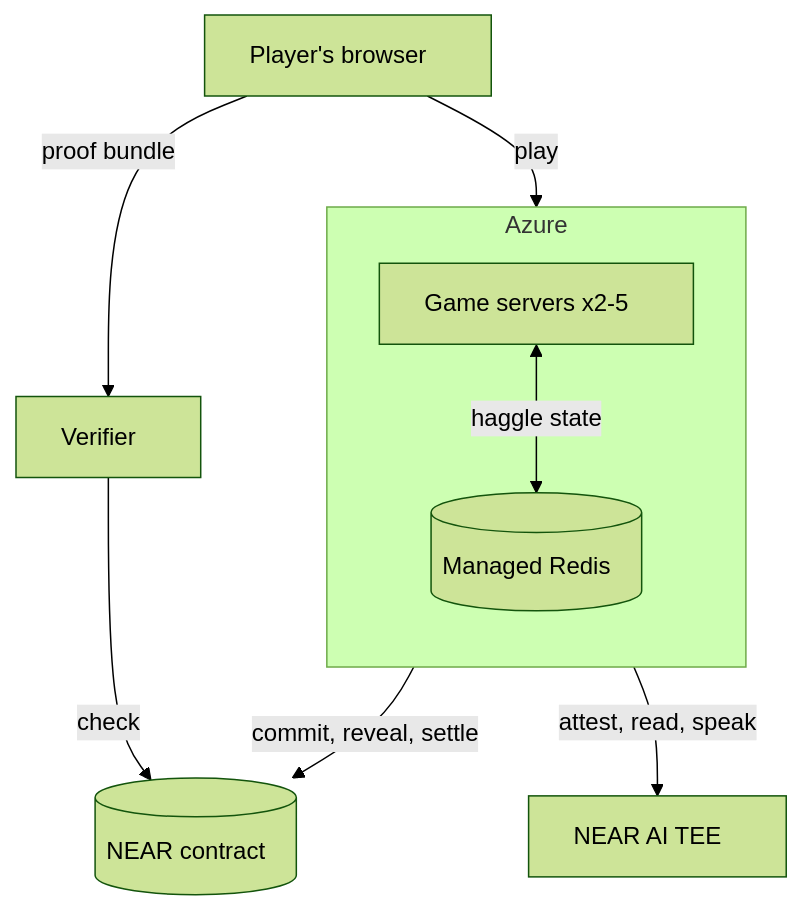
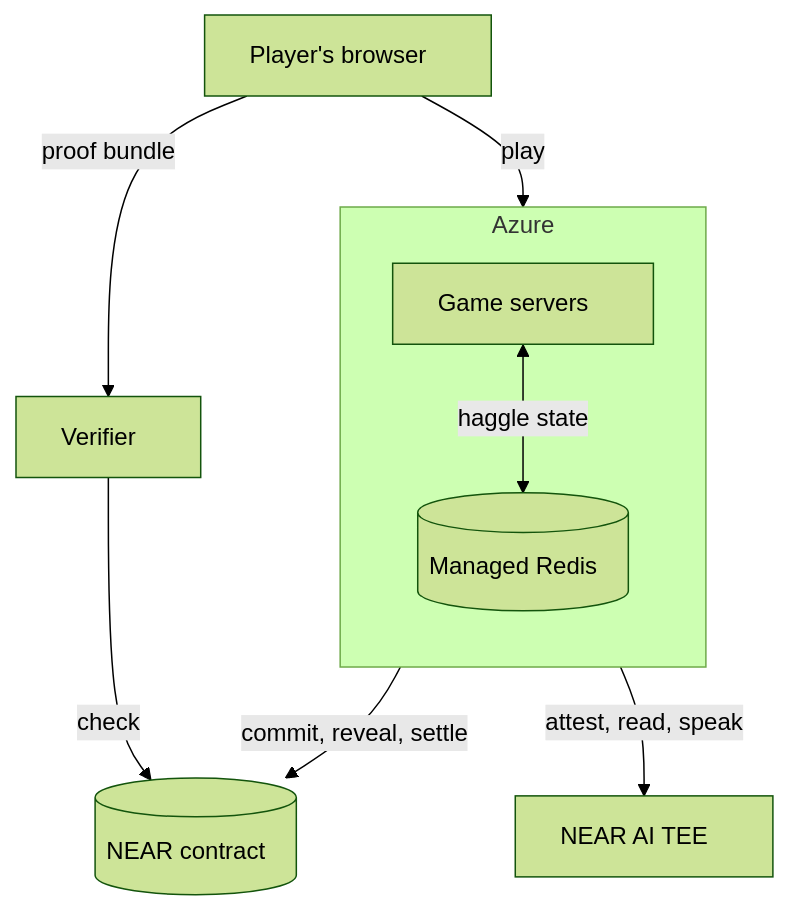
One commit to lopeselio/bazaar-of-liars changed the first of 2 diagrams in README.md. Above: the diagram before and after it, drawn with Mermaid (forest theme).

Commit message:
README: unclipped server label

````diff
--- a/README.md
+++ b/README.md
@@ -37,19 +37,19 @@
 ```mermaid
 flowchart TB
   P["Player's browser&nbsp;&nbsp;&nbsp;"]
   subgraph AZ["Azure"]
     direction TB
-    S["Game servers x2-5&nbsp;&nbsp;&nbsp;"]
+    S["Game servers&nbsp;&nbsp;&nbsp;"]
     R[("Managed Redis&nbsp;&nbsp;&nbsp;")]
   end
   AI["NEAR AI TEE&nbsp;&nbsp;&nbsp;"]
   C[("NEAR contract&nbsp;&nbsp;&nbsp;")]
   V["Verifier&nbsp;&nbsp;&nbsp;"]
 
   P -->|play| S
   S <-->|haggle state| R
   S -->|attest, read, speak| AI
   S -->|commit, reveal, settle| C
   P -->|proof bundle| V
   V -->|check| C
 ```
````
